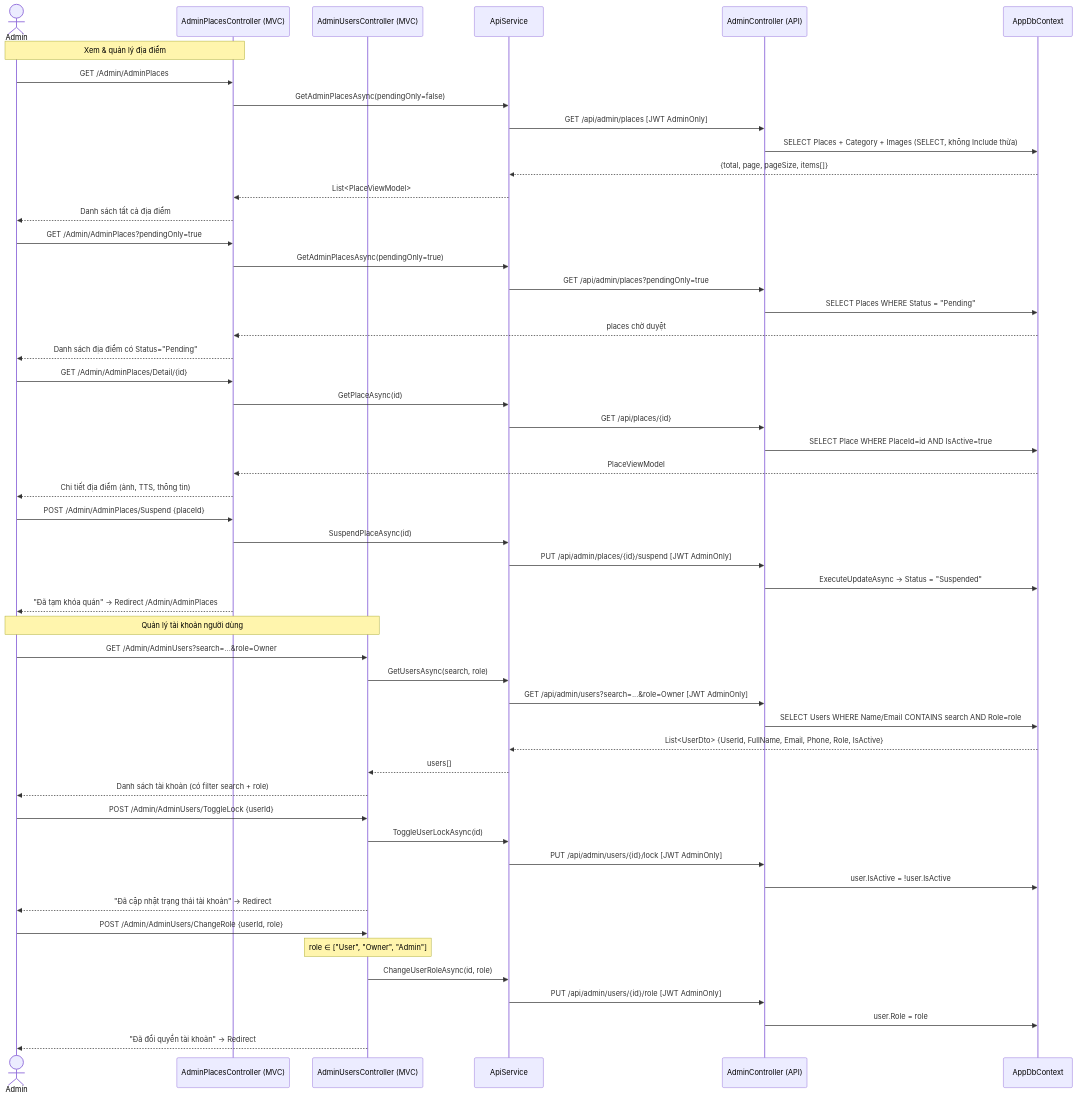
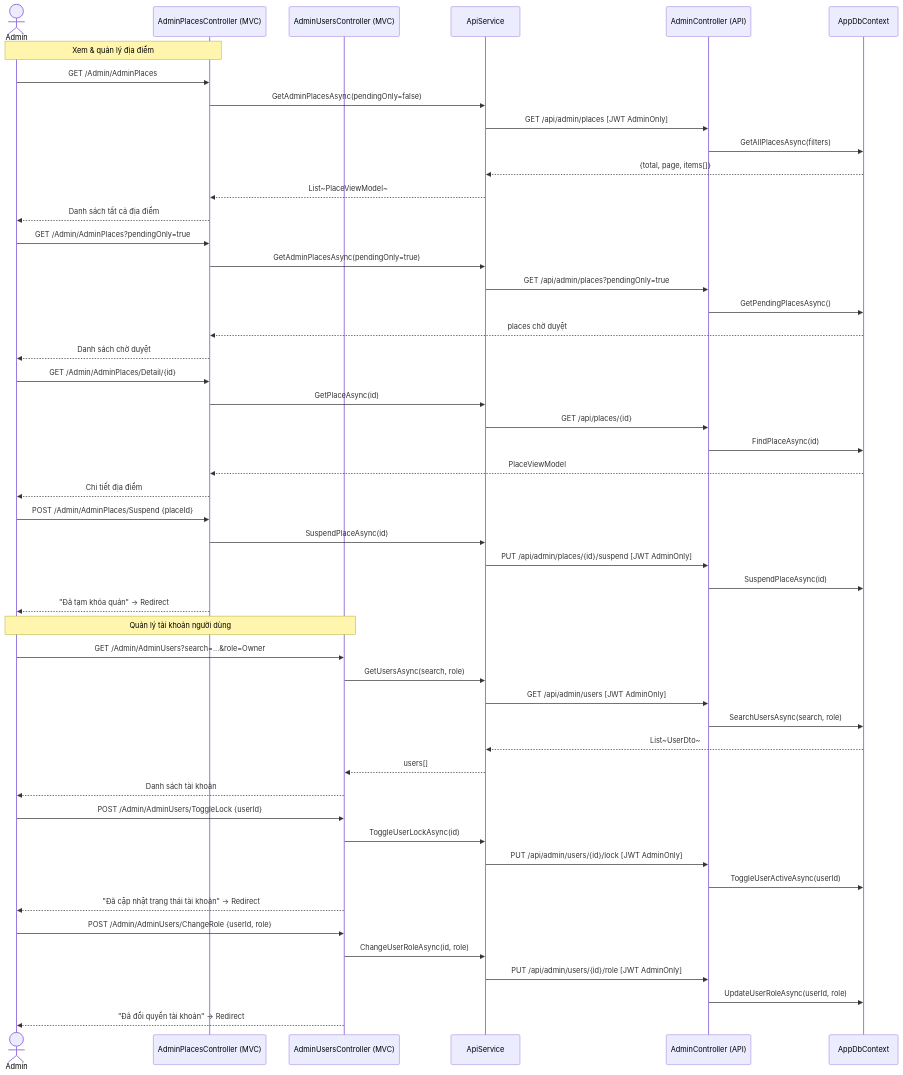
Before and after one commit to MTai55/csharp: diagram 19 of 27 in PRD.md, drawn with Mermaid. The commit also changed other lines of this file, not shown here.

Commit message:
Sửa Sequence trong prd

````diff
--- a/PRD.md
+++ b/PRD.md
@@ -1993,60 +2046,59 @@
 ```mermaid
 sequenceDiagram
     actor Admin
     participant PlacesMVC as AdminPlacesController (MVC)
     participant UsersMVC as AdminUsersController (MVC)
     participant API as ApiService
     participant AdminAPI as AdminController (API)
     participant DB as AppDbContext
 
     Note over Admin,PlacesMVC: Xem & quản lý địa điểm
     Admin->>PlacesMVC: GET /Admin/AdminPlaces
     PlacesMVC->>API: GetAdminPlacesAsync(pendingOnly=false)
     API->>AdminAPI: GET /api/admin/places [JWT AdminOnly]
-    AdminAPI->>DB: SELECT Places + Category + Images (SELECT, không Include thừa)
-    DB-->>API: {total, page, pageSize, items[]}
-    API-->>PlacesMVC: List<PlaceViewModel>
+    AdminAPI->>DB: GetAllPlacesAsync(filters)
+    DB-->>API: {total, page, items[]}
+    API-->>PlacesMVC: List~PlaceViewModel~
     PlacesMVC-->>Admin: Danh sách tất cả địa điểm
 
     Admin->>PlacesMVC: GET /Admin/AdminPlaces?pendingOnly=true
     PlacesMVC->>API: GetAdminPlacesAsync(pendingOnly=true)
     API->>AdminAPI: GET /api/admin/places?pendingOnly=true
-    AdminAPI->>DB: SELECT Places WHERE Status = "Pending"
+    AdminAPI->>DB: GetPendingPlacesAsync()
     DB-->>PlacesMVC: places chờ duyệt
-    PlacesMVC-->>Admin: Danh sách địa điểm có Status="Pending"
+    PlacesMVC-->>Admin: Danh sách chờ duyệt
 
     Admin->>PlacesMVC: GET /Admin/AdminPlaces/Detail/{id}
     PlacesMVC->>API: GetPlaceAsync(id)
     API->>AdminAPI: GET /api/places/{id}
-    AdminAPI->>DB: SELECT Place WHERE PlaceId=id AND IsActive=true
+    AdminAPI->>DB: FindPlaceAsync(id)
     DB-->>PlacesMVC: PlaceViewModel
-    PlacesMVC-->>Admin: Chi tiết địa điểm (ảnh, TTS, thông tin)
+    PlacesMVC-->>Admin: Chi tiết địa điểm
 
     Admin->>PlacesMVC: POST /Admin/AdminPlaces/Suspend {placeId}
     PlacesMVC->>API: SuspendPlaceAsync(id)
     API->>AdminAPI: PUT /api/admin/places/{id}/suspend [JWT AdminOnly]
-    AdminAPI->>DB: ExecuteUpdateAsync → Status = "Suspended"
-    PlacesMVC-->>Admin: "Đã tạm khóa quán" → Redirect /Admin/AdminPlaces
+    AdminAPI->>DB: SuspendPlaceAsync(id)
+    PlacesMVC-->>Admin: "Đã tạm khóa quán" → Redirect
 
     Note over Admin,UsersMVC: Quản lý tài khoản người dùng
     Admin->>UsersMVC: GET /Admin/AdminUsers?search=...&role=Owner
     UsersMVC->>API: GetUsersAsync(search, role)
-    API->>AdminAPI: GET /api/admin/users?search=...&role=Owner [JWT AdminOnly]
-    AdminAPI->>DB: SELECT Users WHERE Name/Email CONTAINS search AND Role=role
-    DB-->>API: List<UserDto> {UserId, FullName, Email, Phone, Role, IsActive}
+    API->>AdminAPI: GET /api/admin/users [JWT AdminOnly]
+    AdminAPI->>DB: SearchUsersAsync(search, role)
+    DB-->>API: List~UserDto~
     API-->>UsersMVC: users[]
-    UsersMVC-->>Admin: Danh sách tài khoản (có filter search + role)
+    UsersMVC-->>Admin: Danh sách tài khoản
 
     Admin->>UsersMVC: POST /Admin/AdminUsers/ToggleLock {userId}
     UsersMVC->>API: ToggleUserLockAsync(id)
     API->>AdminAPI: PUT /api/admin/users/{id}/lock [JWT AdminOnly]
-    AdminAPI->>DB: user.IsActive = !user.IsActive
+    AdminAPI->>DB: ToggleUserActiveAsync(userId)
     UsersMVC-->>Admin: "Đã cập nhật trạng thái tài khoản" → Redirect
 
     Admin->>UsersMVC: POST /Admin/AdminUsers/ChangeRole {userId, role}
-    Note over UsersMVC: role ∈ ["User", "Owner", "Admin"]
     UsersMVC->>API: ChangeUserRoleAsync(id, role)
     API->>AdminAPI: PUT /api/admin/users/{id}/role [JWT AdminOnly]
-    AdminAPI->>DB: user.Role = role
+    AdminAPI->>DB: UpdateUserRoleAsync(userId, role)
     UsersMVC-->>Admin: "Đã đổi quyền tài khoản" → Redirect
 ```
````
